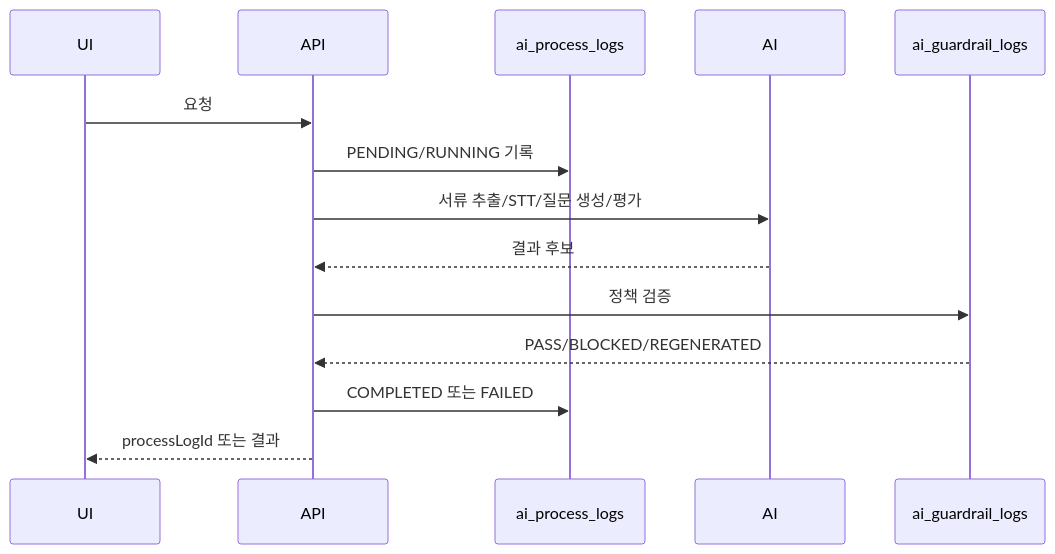
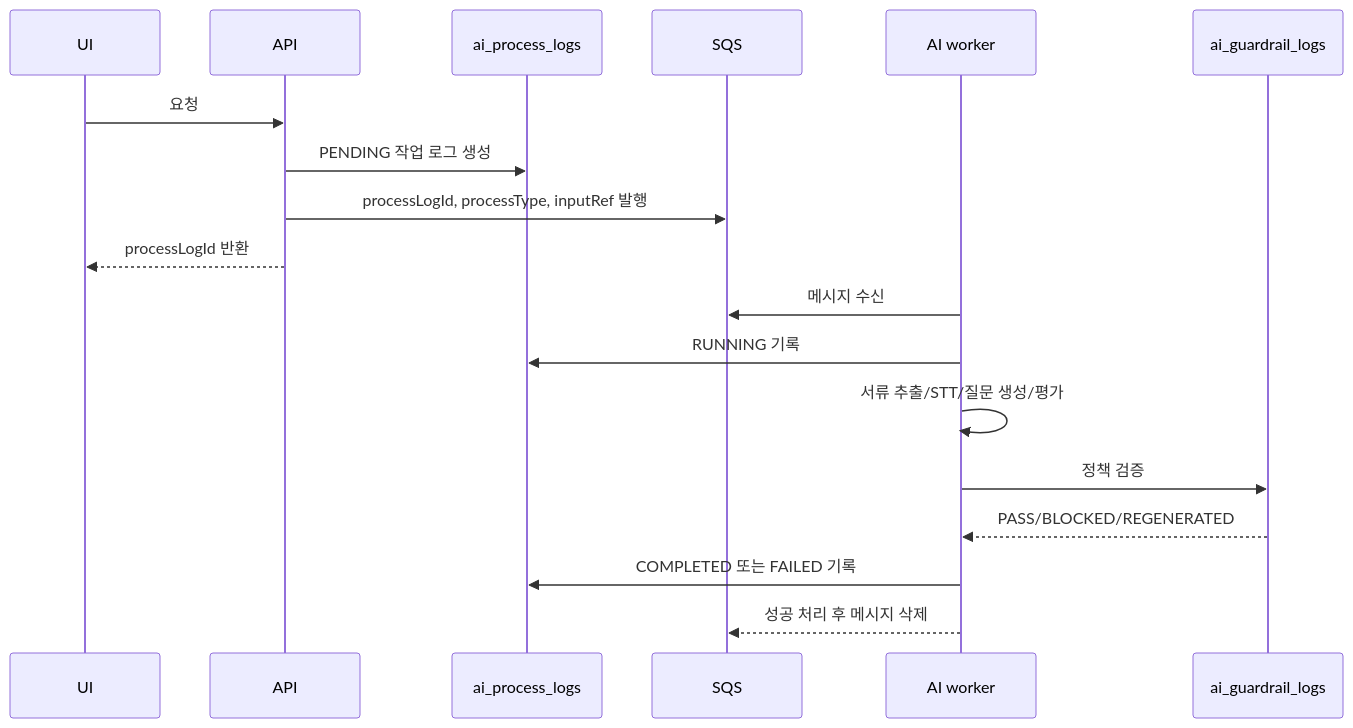
Before and after one commit to seok3m4/init: the diagram in docs/02_architecture/async-ai-pipeline.md, drawn with Mermaid. The commit also changed 3 other files, not shown here.

````diff
--- a/docs/02_architecture/async-ai-pipeline.md
+++ b/docs/02_architecture/async-ai-pipeline.md
@@ -16,16 +16,20 @@
 ```mermaid
 sequenceDiagram
   participant UI
   participant API
   participant Log as ai_process_logs
-  participant AI
+  participant Queue as SQS
+  participant Worker as AI worker
   participant Guard as ai_guardrail_logs
   UI->>API: 요청
-  API->>Log: PENDING/RUNNING 기록
-  API->>AI: 서류 추출/STT/질문 생성/평가
-  AI-->>API: 결과 후보
-  API->>Guard: 정책 검증
-  Guard-->>API: PASS/BLOCKED/REGENERATED
-  API->>Log: COMPLETED 또는 FAILED
-  API-->>UI: processLogId 또는 결과
+  API->>Log: PENDING 작업 로그 생성
+  API->>Queue: processLogId, processType, inputRef 발행
+  API-->>UI: processLogId 반환
+  Worker->>Queue: 메시지 수신
+  Worker->>Log: RUNNING 기록
+  Worker->>Worker: 서류 추출/STT/질문 생성/평가
+  Worker->>Guard: 정책 검증
+  Guard-->>Worker: PASS/BLOCKED/REGENERATED
+  Worker->>Log: COMPLETED 또는 FAILED 기록
+  Worker-->>Queue: 성공 처리 후 메시지 삭제
 ```
````
